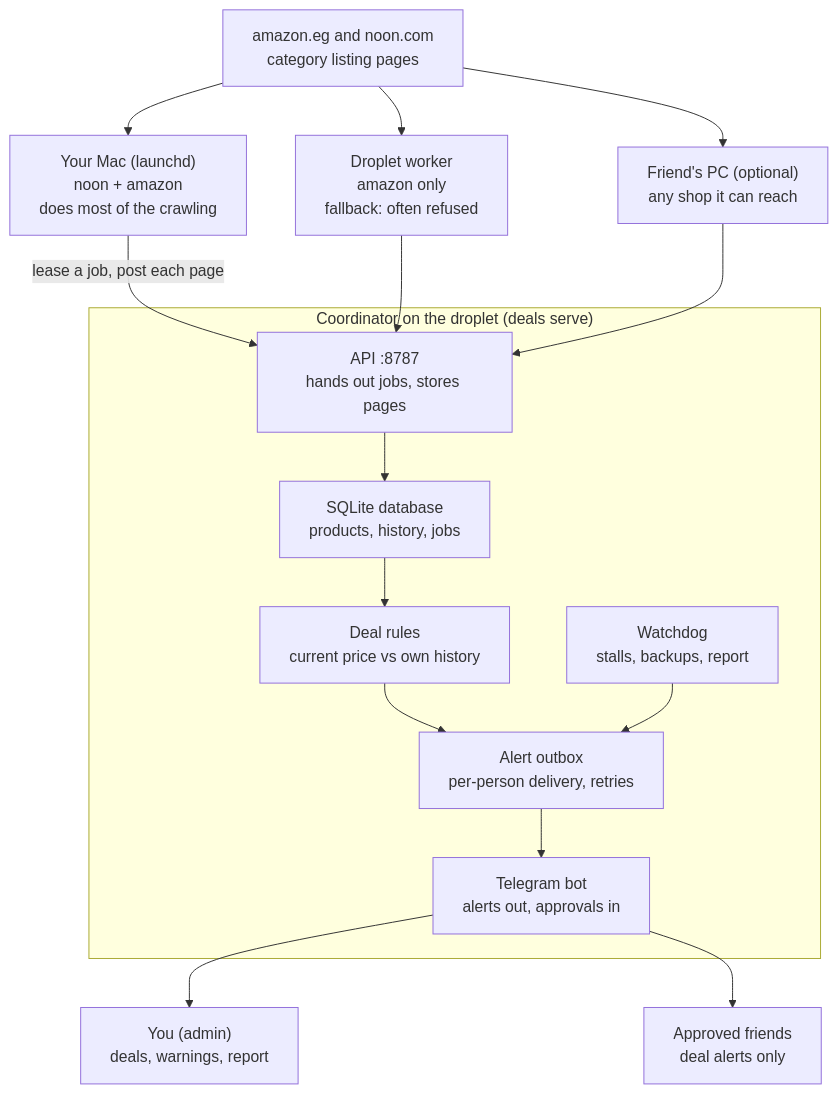
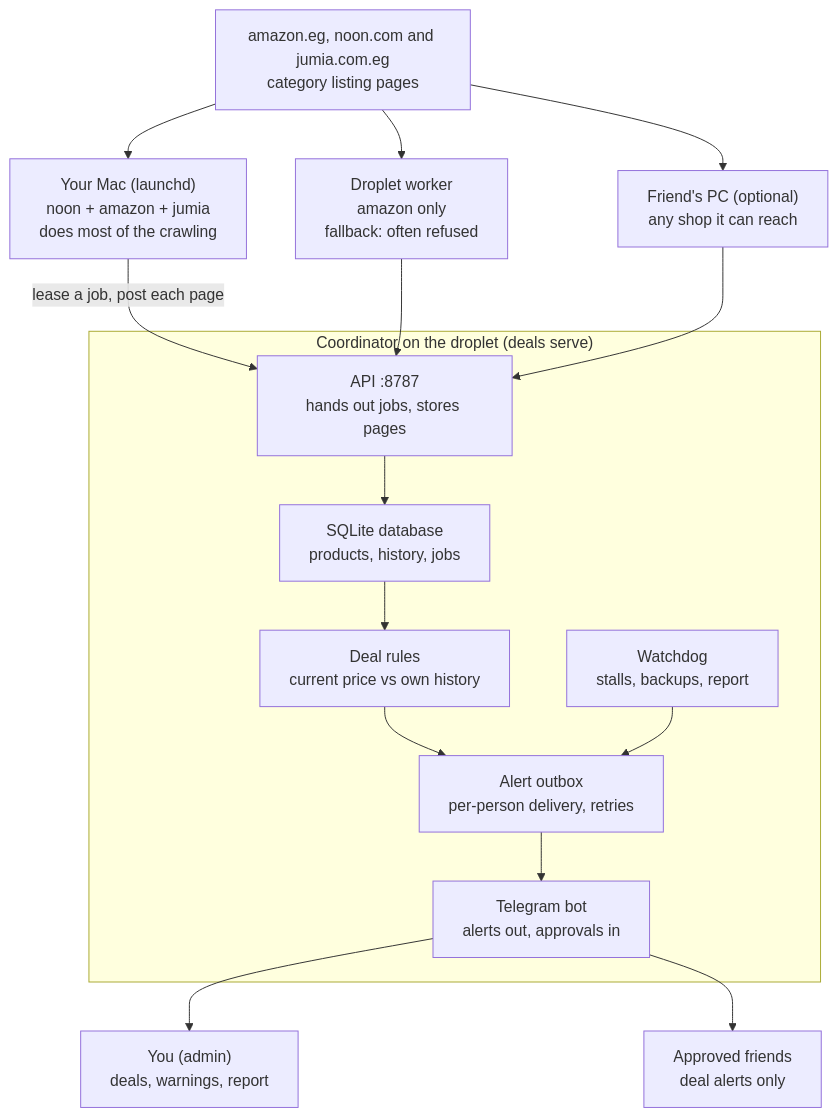
One commit to mohamed-mahmoud377/e-commerce-discounts-alert changed the first of 3 diagrams in docs/GUIDE.md. Above: the diagram before and after it, drawn with Mermaid. The commit also changed other lines of this file and 25 other files, not shown here.

````diff
--- a/docs/GUIDE.md
+++ b/docs/GUIDE.md
@@ -29,17 +30,17 @@
 ```mermaid
 flowchart TB
-    shops["amazon.eg and noon.com<br/>category listing pages"]
-    shops --> mac["Your Mac (launchd)<br/>noon + amazon<br/>does most of the crawling"]
+    shops["amazon.eg, noon.com and jumia.com.eg<br/>category listing pages"]
+    shops --> mac["Your Mac (launchd)<br/>noon + amazon + jumia<br/>does most of the crawling"]
     shops --> dw["Droplet worker<br/>amazon only<br/>fallback: often refused"]
     shops --> fr["Friend's PC (optional)<br/>any shop it can reach"]
     mac -- "lease a job, post each page" --> api
     dw --> api
     fr --> api
     subgraph coord["Coordinator on the droplet (deals serve)"]
         api["API :8787<br/>hands out jobs, stores pages"] --> dbx["SQLite database<br/>products, history, jobs"] --> rules["Deal rules<br/>current price vs own history"]
         rules --> outbox["Alert outbox<br/>per-person delivery, retries"]
         wd["Watchdog<br/>stalls, backups, report"] --> outbox --> bot["Telegram bot<br/>alerts out, approvals in"]
     end
     bot --> admin["You (admin)<br/>deals, warnings, report"]
     bot --> friends["Approved friends<br/>deal alerts only"]
 ```
````
